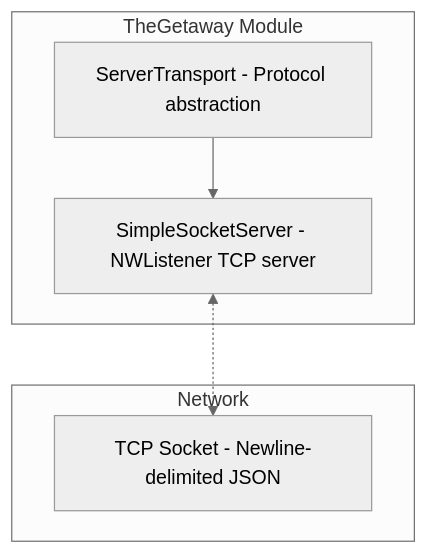
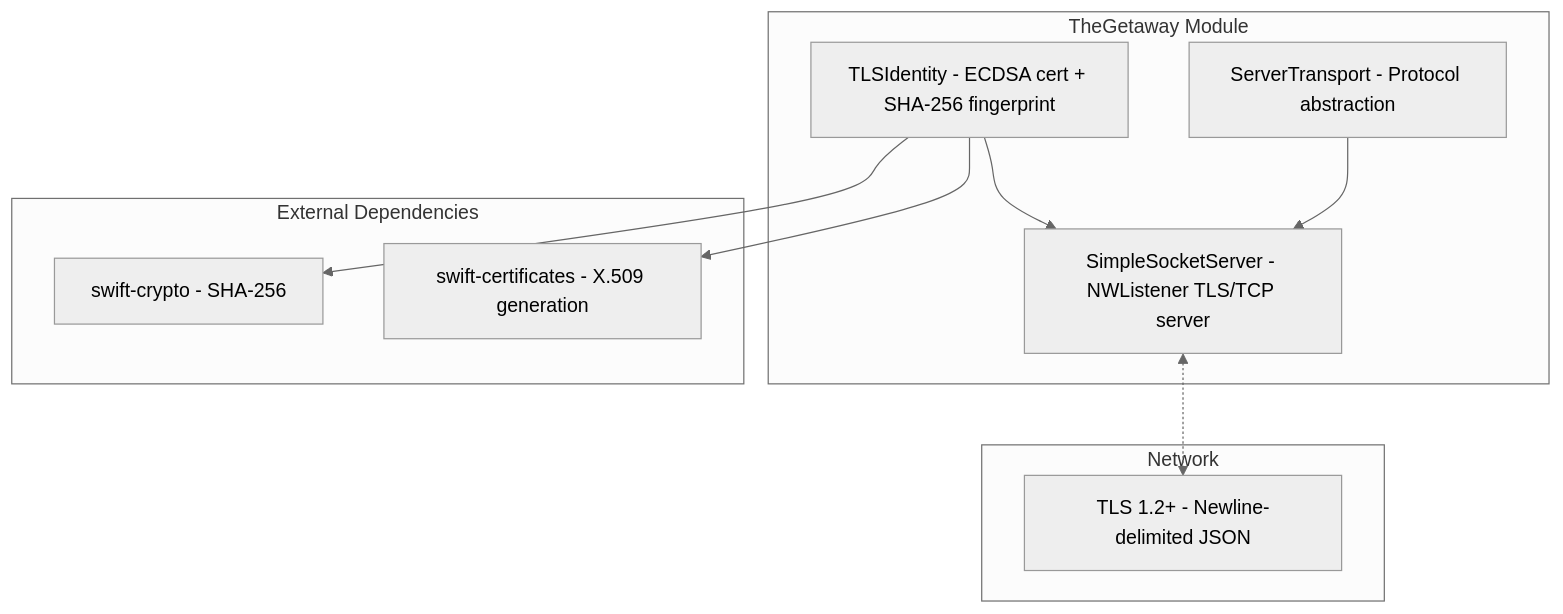
Before and after one commit to RoyalPineapple/TheButtonHeist: the first of 2 diagrams in docs/dossiers/02-THEGETAWAY.md, drawn with Mermaid (neutral theme). The commit also changed other lines of this file and 44 other files, not shown here.

First line of the commit message:
Implement TLS transport encryption with fingerprint pinning (#99)

````diff
--- a/docs/dossiers/02-THEGETAWAY.md
+++ b/docs/dossiers/02-THEGETAWAY.md
@@ -16,14 +17,23 @@
 ```mermaid
 graph TD
     subgraph TG["TheGetaway Module"]
-        Server["SimpleSocketServer - NWListener TCP server"]
+        Server["SimpleSocketServer - NWListener TLS/TCP server"]
         Transport["ServerTransport - Protocol abstraction"]
+        TLS["TLSIdentity - ECDSA cert + SHA-256 fingerprint"]
     end
 
     subgraph External["Network"]
-        TCP["TCP Socket - Newline-delimited JSON"]
+        Conn["TLS 1.2+ - Newline-delimited JSON"]
     end
 
-    Server <-.-> TCP
+    subgraph Deps["External Dependencies"]
+        Crypto["swift-crypto - SHA-256"]
+        X509["swift-certificates - X.509 generation"]
+    end
+
+    TLS --> Server
+    Server <-.-> Conn
     Transport --> Server
+    TLS --> Crypto
+    TLS --> X509
 ```
````
